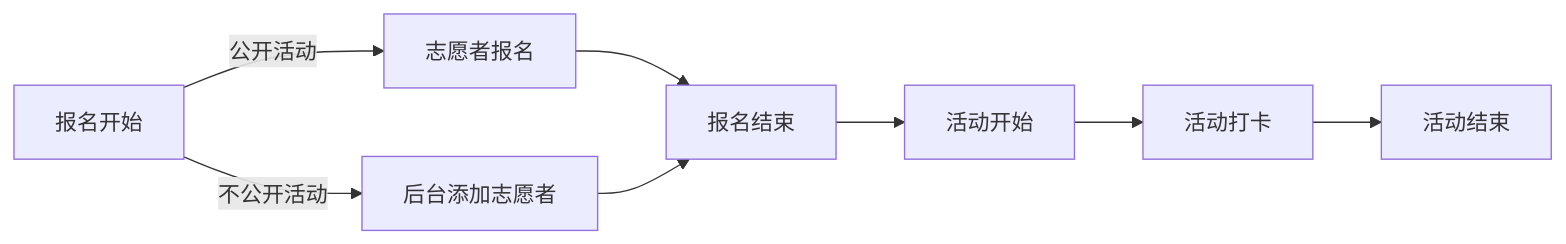
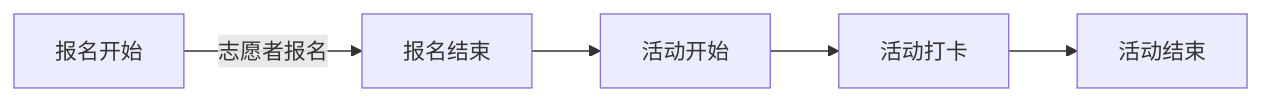
The fifth of 10 diagrams in 刑侦反骗码用户后台/刑侦反骗码用户后台-用户手册.md (SaintKayLuk/ZA-user-manual), drawn with Mermaid before and after one commit. The commit also changed other lines of this file and 12 other files, not shown here.

````diff
--- a/刑侦反骗码用户后台/刑侦反骗码用户后台-用户手册.md
+++ b/刑侦反骗码用户后台/刑侦反骗码用户后台-用户手册.md
@@ -498,5 +510,4 @@
 ```mermaid
 graph LR
-1[报名开始] --公开活动--> 2[志愿者报名] --> 3[报名结束] --> 4[活动开始] --> 6[活动打卡] --> 7[活动结束]
-1[报名开始] --不公开活动--> 5[后台添加志愿者] --> 3[报名结束] 
+  1[报名开始] -- 志愿者报名 --> 3[报名结束] --> 4[活动开始] --> 6[活动打卡] --> 7[活动结束]
 ```
````
